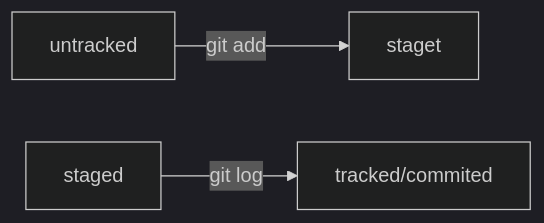
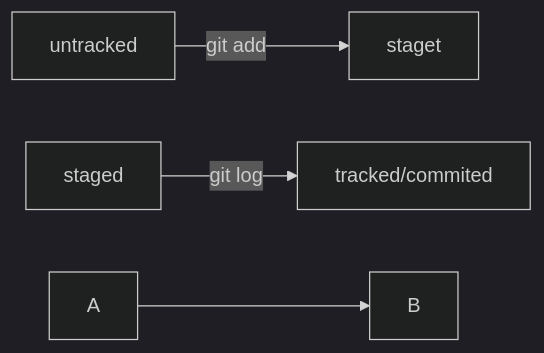
Before and after one commit to Dolgoulsky/aboutGIT: the diagram in README.md, drawn with Mermaid (dark theme).

Commit message:
feat: Дополнение в Mermaid

````diff
--- a/README.md
+++ b/README.md
@@ -151,6 +151,8 @@
 ```mermaid
 graph LR;
 untracked -- git add --> staget;
-staged -- git log --> tracked/commited;
+staged -- git log --> tracked/commited; 
+%% стрелка без текста для примера:
+A --> B;
 
 ```
````
